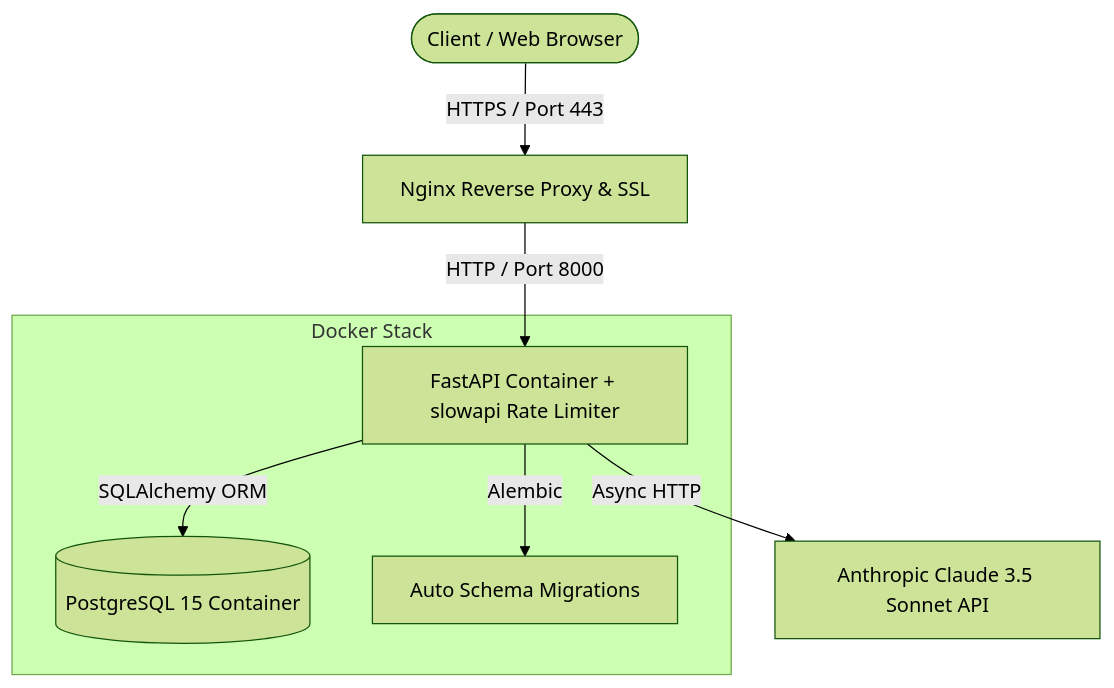
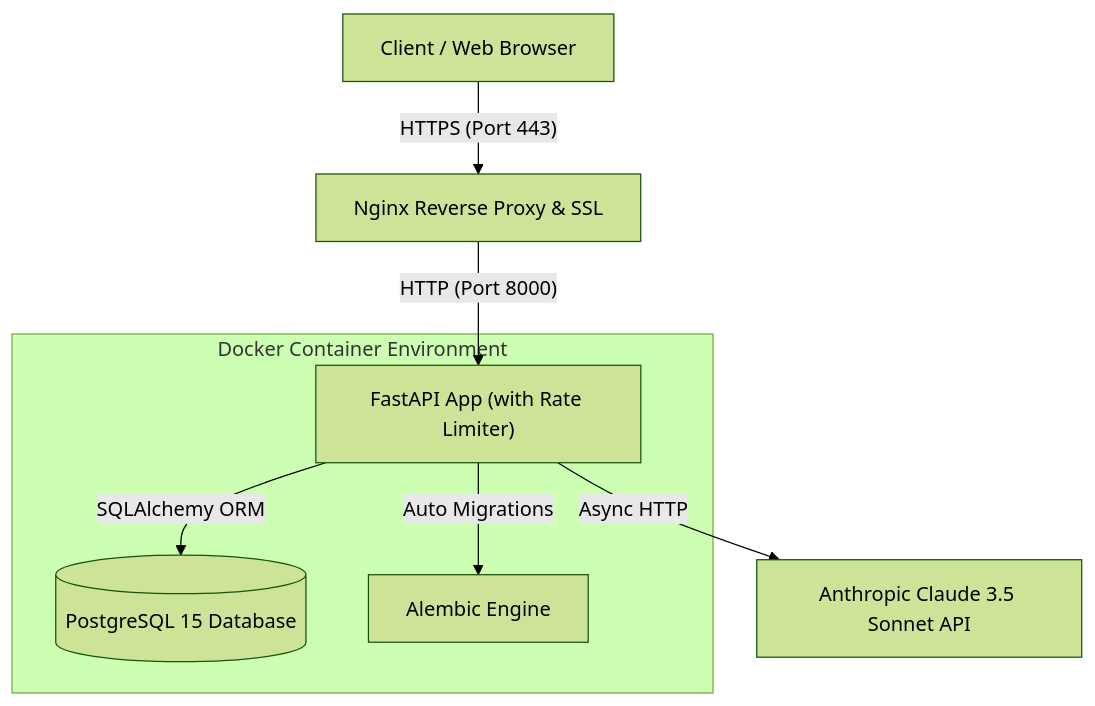
One commit to khallaftaha-cmyk/Cloud_Notes_API changed the diagram in README.md. Above: the diagram before and after it, drawn with Mermaid (forest theme).

Commit message:
fix: update mermaid diagram syntax for github compatibility

````diff
--- a/README.md
+++ b/README.md
@@ -25,12 +25,12 @@
 ```mermaid
-graph TD
-    Client([Client / Web Browser]) -->|HTTPS / Port 443| Nginx[Nginx Reverse Proxy & SSL]
-    Nginx -->|HTTP / Port 8000| FastAPI[FastAPI Container + slowapi Rate Limiter]
-    
-    subgraph Docker Stack
-        FastAPI -->|SQLAlchemy ORM| DB[(PostgreSQL 15 Container)]
-        FastAPI -->|Alembic| Migrations[Auto Schema Migrations]
+flowchart TD
+    Client["Client / Web Browser"] -->|"HTTPS (Port 443)"| Nginx["Nginx Reverse Proxy & SSL"]
+    Nginx -->|"HTTP (Port 8000)"| FastAPI["FastAPI App (with Rate Limiter)"]
+
+    subgraph DockerStack ["Docker Container Environment"]
+        FastAPI -->|"SQLAlchemy ORM"| DB[("PostgreSQL 15 Database")]
+        FastAPI -->|"Auto Migrations"| Migrations["Alembic Engine"]
     end
-    
-    FastAPI -->|Async HTTP| Claude[Anthropic Claude 3.5 Sonnet API]
+
+    FastAPI -->|"Async HTTP"| Claude["Anthropic Claude 3.5 Sonnet API"]
 ```
````
